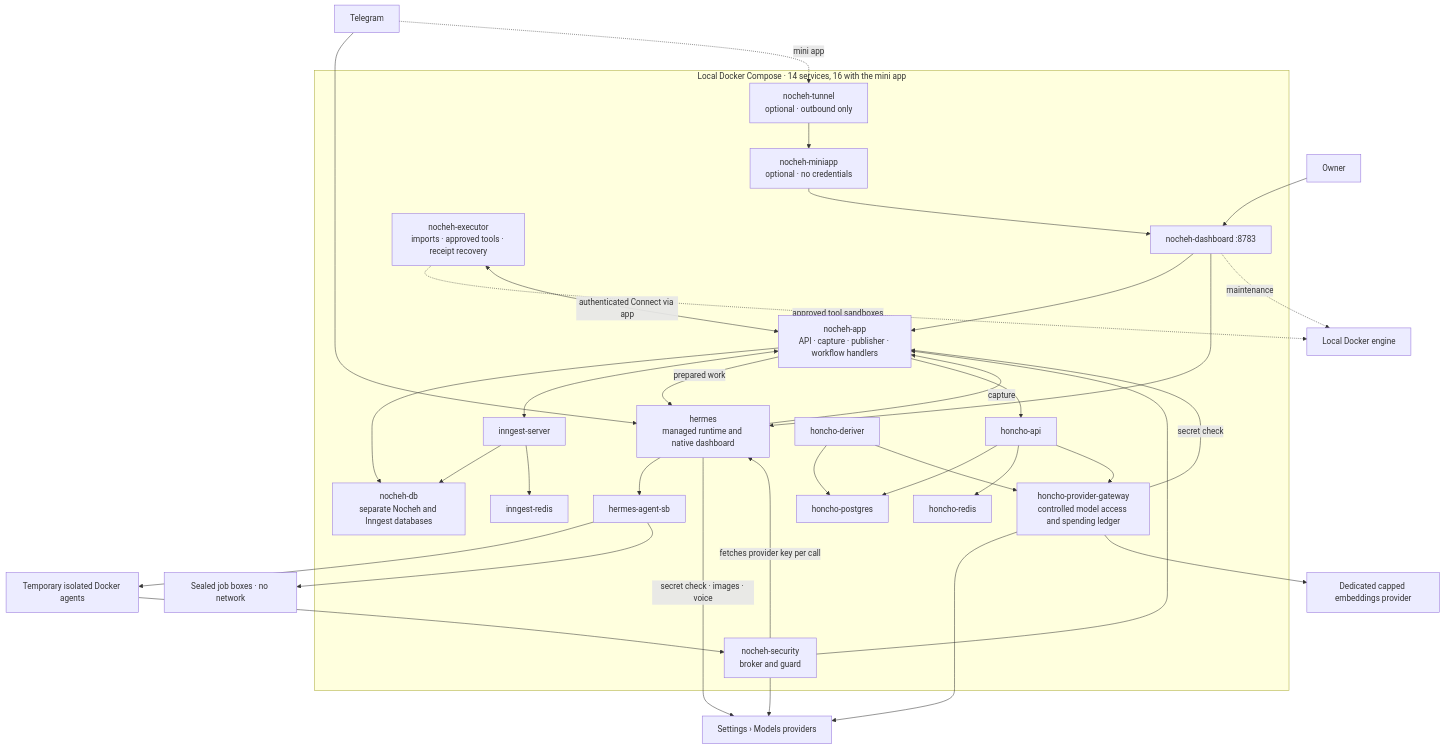
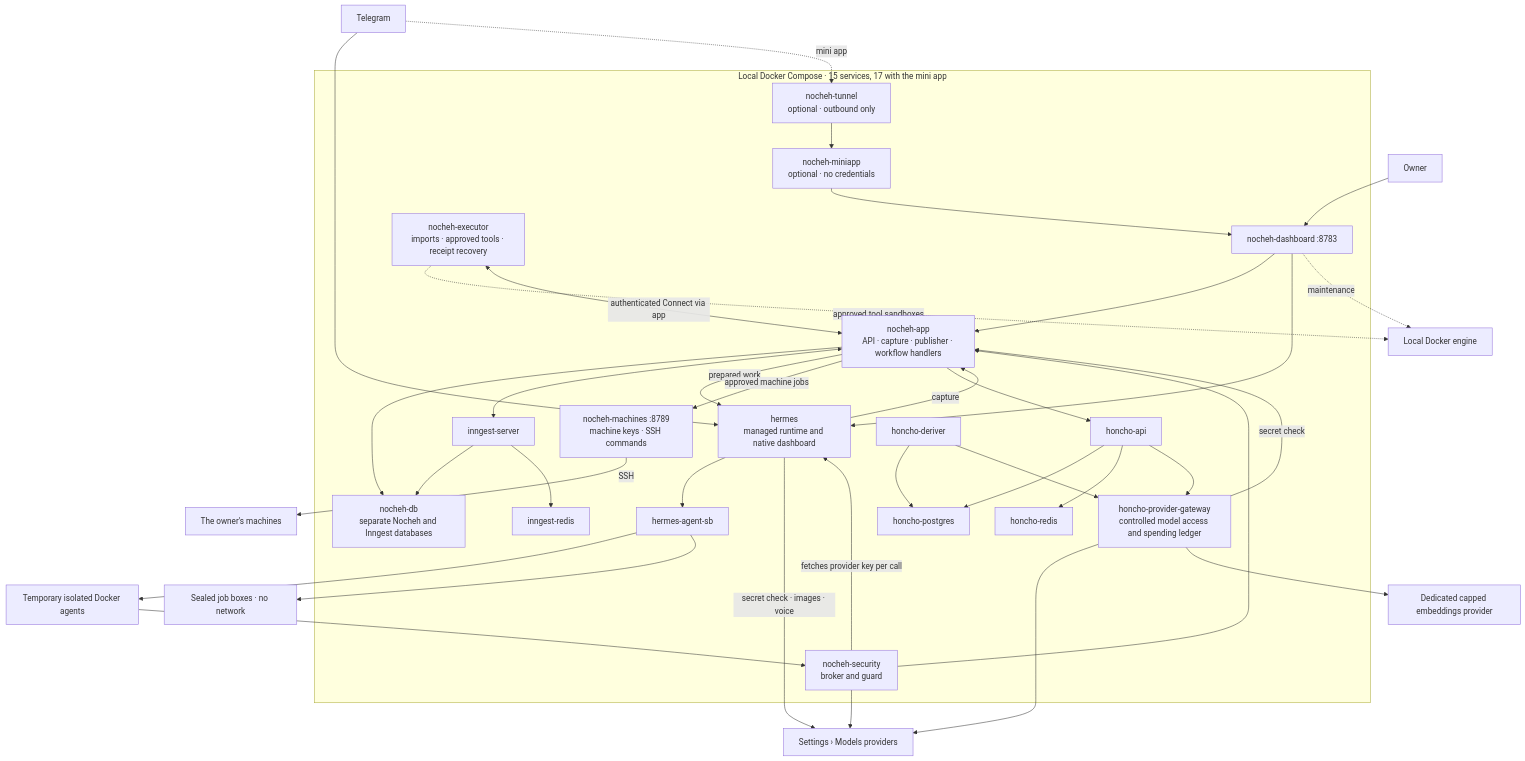
The diagram in docs/services.md (PlaygrndLabs/nocheh), drawn with Mermaid before and after one commit. The commit also changed other lines of this file and 9 other files, not shown here.

First line of the commit message:
docs(machines): record machine jobs in adr 0231, the specs and the guides

````diff
--- a/docs/services.md
+++ b/docs/services.md
@@ -52,52 +66,55 @@
 ```mermaid
 flowchart TB
     Owner[Owner] --> Dashboard
     Telegram[Telegram] --> Hermes
     Telegram -.->|mini app| Tunnel --> MiniApp --> Dashboard
-    subgraph Docker["Local Docker Compose · 14 services, 16 with the mini app"]
+    subgraph Docker["Local Docker Compose · 15 services, 17 with the mini app"]
         Dashboard["nocheh-dashboard :8783"]
         Executor["nocheh-executor<br/>imports · approved tools · receipt recovery"]
         App["nocheh-app<br/>API · capture · publisher · workflow handlers"]
         PG["nocheh-db<br/>separate Nocheh and Inngest databases"]
         Engine[inngest-server]
         Queue[inngest-redis]
         Hermes["hermes<br/>managed runtime and native dashboard"]
         Launcher[hermes-agent-sb]
         Security["nocheh-security<br/>broker and guard"]
+        Machines["nocheh-machines :8789<br/>machine keys · SSH commands"]
         Memory[honcho-api]
         Deriver[honcho-deriver]
         MemoryDB[honcho-postgres]
         Cache[honcho-redis]
         Gateway["honcho-provider-gateway<br/>controlled model access and spending ledger"]
         MiniApp["nocheh-miniapp<br/>optional · no credentials"]
         Tunnel["nocheh-tunnel<br/>optional · outbound only"]
     end
     Dashboard --> App
     Dashboard --> Hermes
     Dashboard -.->|maintenance| DockerAPI[Local Docker engine]
     Executor -.->|approved tool sandboxes| DockerAPI
     Executor <-->|authenticated Connect via app| App
     Hermes -->|capture| App
     App --> PG
     App <--> Engine
     Engine --> PG
     Engine --> Queue
     App -->|prepared work| Hermes
     Hermes --> Launcher
     Launcher --> Agents[Temporary isolated Docker agents]
     Launcher --> Box[Sealed job boxes · no network]
     Agents --> Security
     Security --> App
+    App -->|approved machine jobs| Machines
+    Machines -->|SSH| VM["The owner's machines"]
     Security -->|fetches provider key per call| Hermes
     Security --> Providers[Settings › Models providers]
     Hermes -->|secret check · images · voice| Providers
     App --> Memory
     Memory --> MemoryDB
     Deriver --> MemoryDB
     Memory --> Cache
     Deriver --> Gateway
     Memory --> Gateway
     Gateway -->|secret check| App
     Gateway --> Providers
     Gateway --> Embeddings[Dedicated capped embeddings provider]
 ```
````
